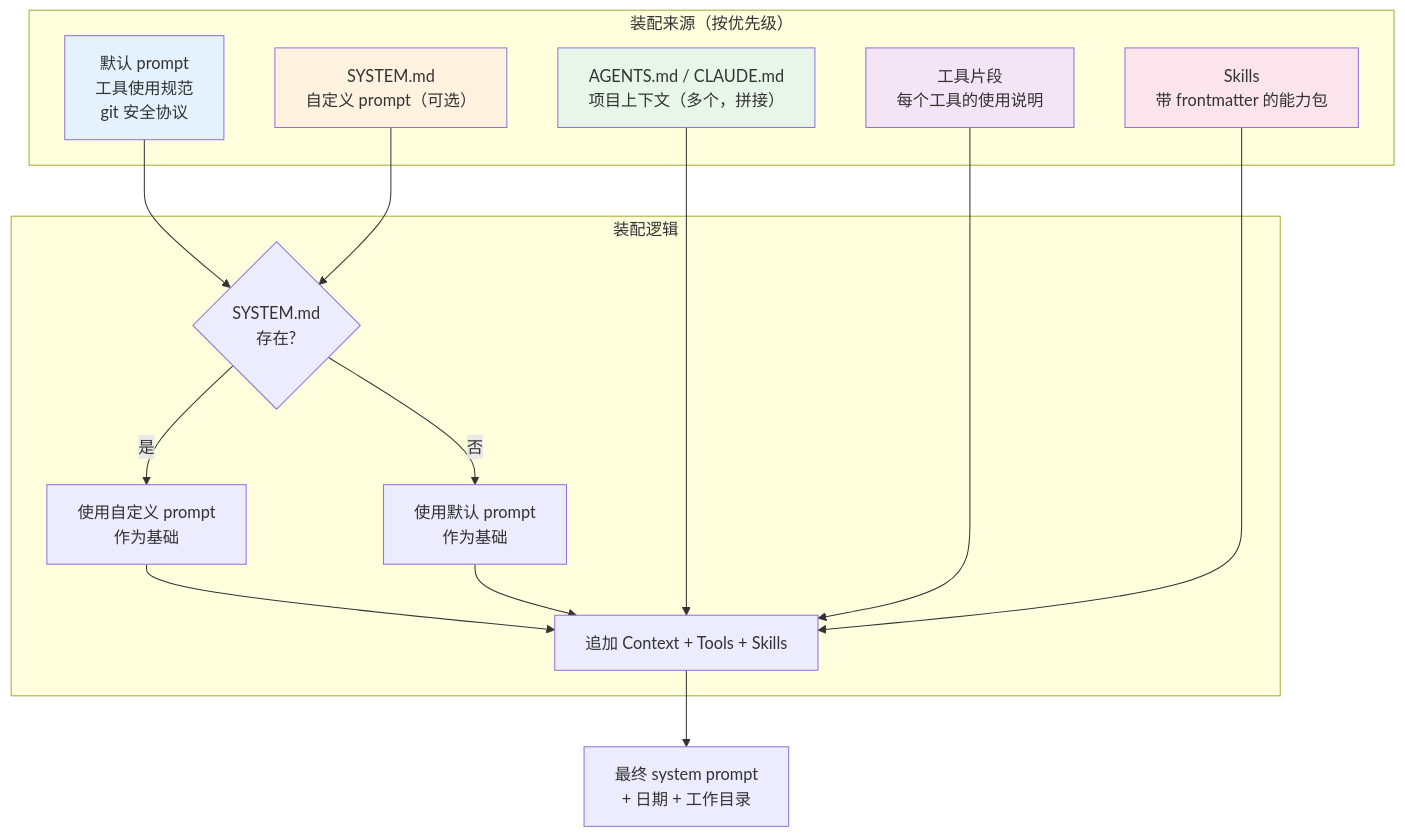
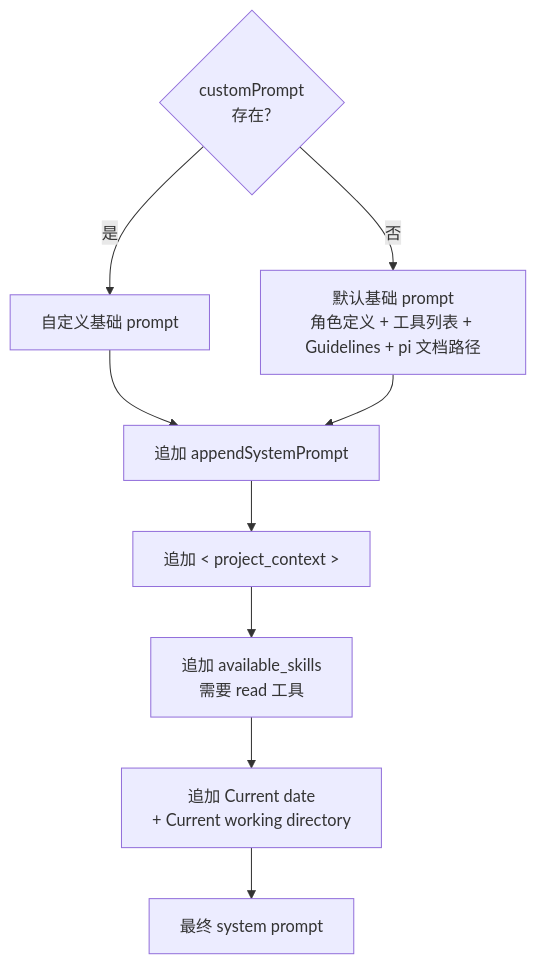
The first of 2 diagrams in tutorial/coding-agent/pi-system-prompt.md (wutongyuonce/pi-deep-dive), drawn with Mermaid before and after one commit. The commit also changed other lines of this file and 6 other files, not shown here.

````diff
--- a/tutorial/coding-agent/pi-system-prompt.md
+++ b/tutorial/coding-agent/pi-system-prompt.md
@@ -13,33 +17,14 @@
 ```mermaid
 flowchart TD
-    subgraph Sources["装配来源（按优先级）"]
-        Default["默认 prompt\n工具使用规范\ngit 安全协议"]
-        System["SYSTEM.md\n自定义 prompt（可选）"]
-        Context["AGENTS.md / CLAUDE.md\n项目上下文（多个，拼接）"]
-        Tools["工具片段\n每个工具的使用说明"]
-        Skills["Skills\n带 frontmatter 的能力包"]
-    end
-    
-    subgraph Assembly["装配逻辑"]
-        Check{SYSTEM.md\n存在?}
-        Check -->|是| UseCustom[使用自定义 prompt\n作为基础]
-        Check -->|否| UseDefault[使用默认 prompt\n作为基础]
-        UseCustom --> Append
-        UseDefault --> Append
-        Append[追加 Context + Tools + Skills]
-    end
-    
-    Append --> Final["最终 system prompt\n+ 日期 + 工作目录"]
-    
-    Default --> Check
-    System --> Check
-    Context --> Append
-    Tools --> Append
-    Skills --> Append
-    
-    style Default fill:#e3f2fd
-    style System fill:#fff3e0
-    style Context fill:#e8f5e9
-    style Tools fill:#f3e5f5
-    style Skills fill:#fce4ec
+    Check{customPrompt\n存在?}
+    Check -->|是| Custom["自定义基础 prompt"]
+    Check -->|否| Default["默认基础 prompt\n角色定义 + 工具列表 + Guidelines + pi 文档路径"]
+
+    Custom --> Append["追加 appendSystemPrompt"]
+    Default --> Append
+
+    Append --> Context["追加 < project_context >"]
+    Context --> Skills["追加 available_skills\n需要 read 工具"]
+    Skills --> Tail["追加 Current date\n+ Current working directory"]
+    Tail --> Final["最终 system prompt"]
 ```
````
